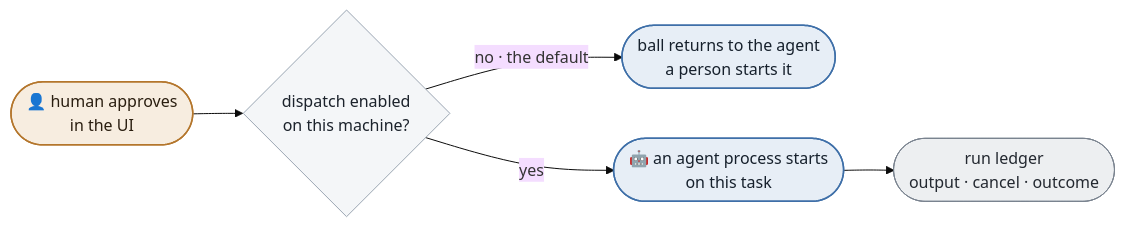
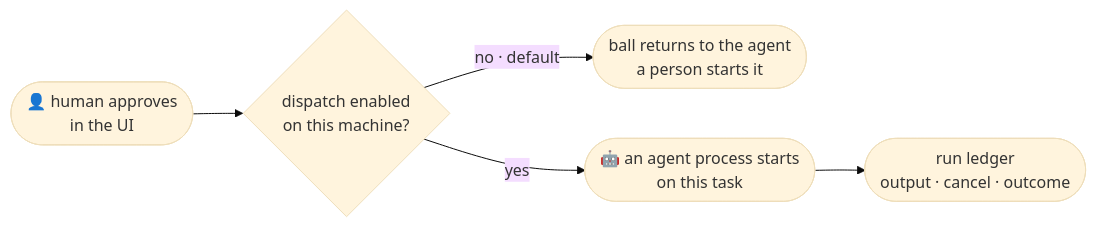
Before and after one commit to jeffposey/agentjobs: the third of 3 diagrams in README.md, drawn with Mermaid (base theme). The commit also changed other lines of this file, not shown here.

````diff
--- a/README.md
+++ b/README.md
@@ -64,12 +55,7 @@
 ```mermaid
 flowchart LR
-    R(["👤 human approves<br/>in the UI"]):::human --> D{"dispatch enabled<br/>on this machine?"}:::gate
-    D -- "no · the default" --> B(["ball returns to the agent<br/>a person starts it"]):::agent
-    D -- yes --> S(["🤖 an agent process starts<br/>on this task"]):::agent
-    S --> L(["run ledger<br/>output · cancel · outcome"]):::ledger
-
-    classDef human fill:#F7EDE0,stroke:#B4762C,stroke-width:1.5px,color:#2A1E10
-    classDef agent fill:#E7EEF6,stroke:#3E6FA8,stroke-width:1.5px,color:#16202C
-    classDef gate fill:#F4F6F8,stroke:#9AA5B2,color:#1B222B
-    classDef ledger fill:#EDEFF1,stroke:#7A838F,color:#232830
+    R(["👤 human approves<br/>in the UI"]) --> D{"dispatch enabled<br/>on this machine?"}
+    D -- "no · default" --> B(["ball returns to the agent<br/>a person starts it"])
+    D -- yes --> S(["🤖 an agent process starts<br/>on this task"])
+    S --> L(["run ledger<br/>output · cancel · outcome"])
 ```
````
